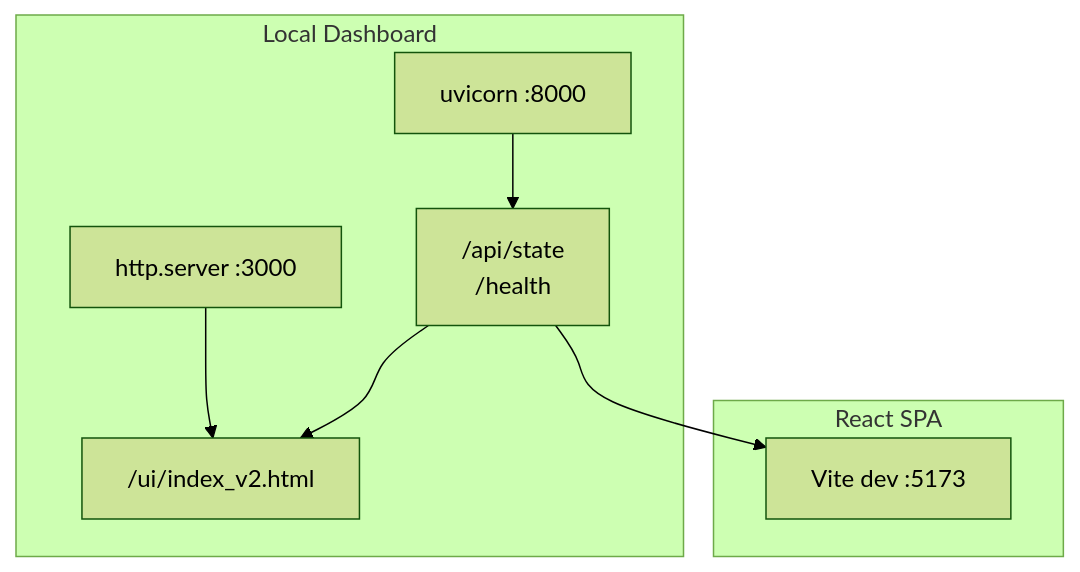
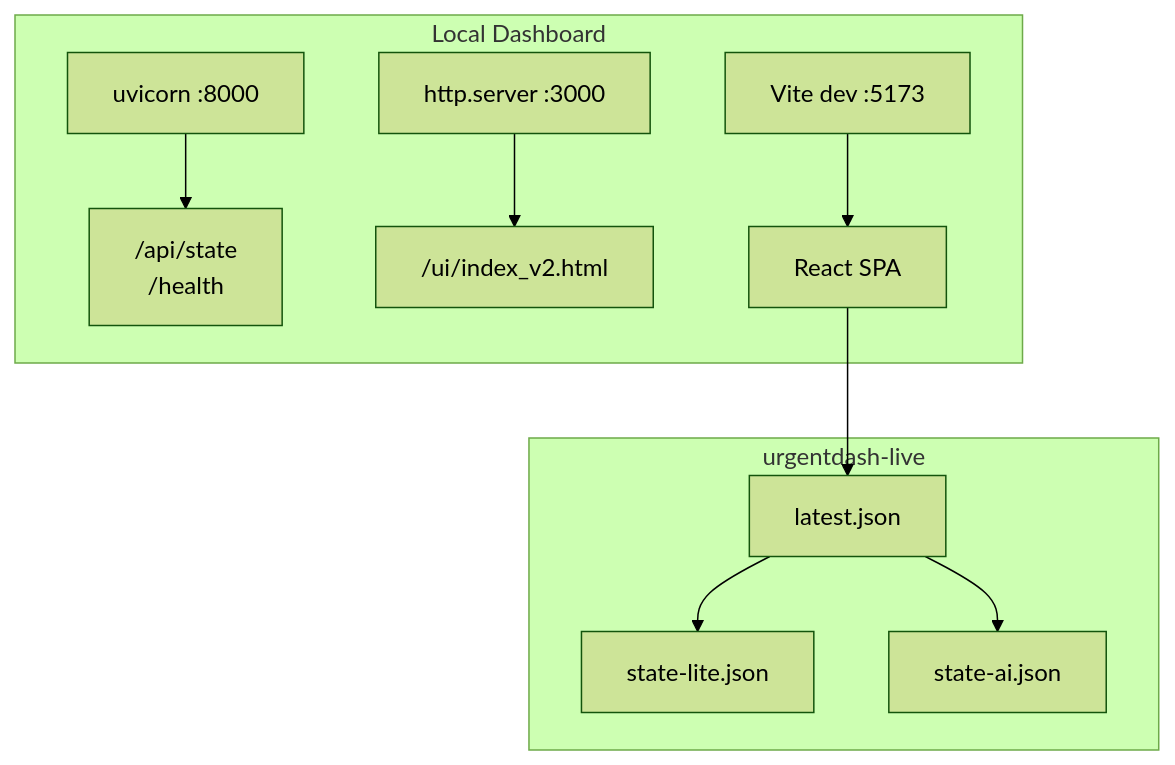
One commit to macho715/escapeplan changed the first of 3 diagrams in docs/layout.md. Above: the diagram before and after it, drawn with Mermaid (forest theme). The commit also changed other lines of this file and 18 other files, not shown here.

````diff
--- a/docs/layout.md
+++ b/docs/layout.md
@@ -9,14 +9,19 @@
 ```mermaid
 flowchart TB
   subgraph local [Local Dashboard]
     Uvicorn[uvicorn :8000]
     HttpServer[http.server :3000]
+    Vite[Vite dev :5173]
     Uvicorn --> API["/api/state\n/health"]
     HttpServer --> Static["/ui/index_v2.html"]
+    Vite --> React["React SPA"]
   end
-  subgraph react [React SPA]
-    Vite[Vite dev :5173]
+  subgraph live [urgentdash-live]
+    Latest[latest.json]
+    Lite[state-lite.json]
+    AI[state-ai.json]
   end
-  API --> Static
-  API --> Vite
+  React --> Latest
+  Latest --> Lite
+  Latest --> AI
 ```
````
